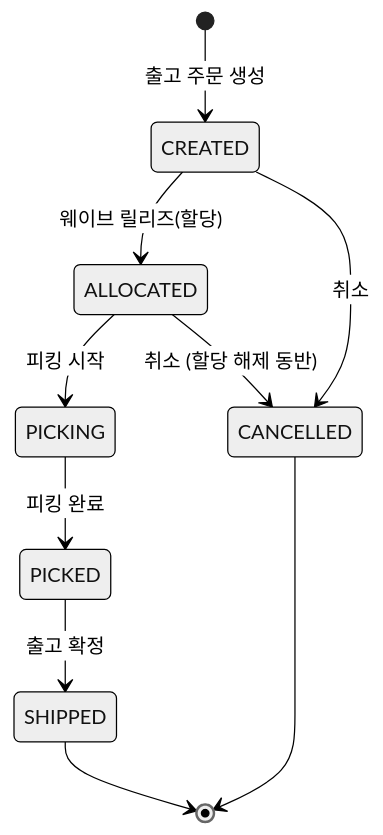
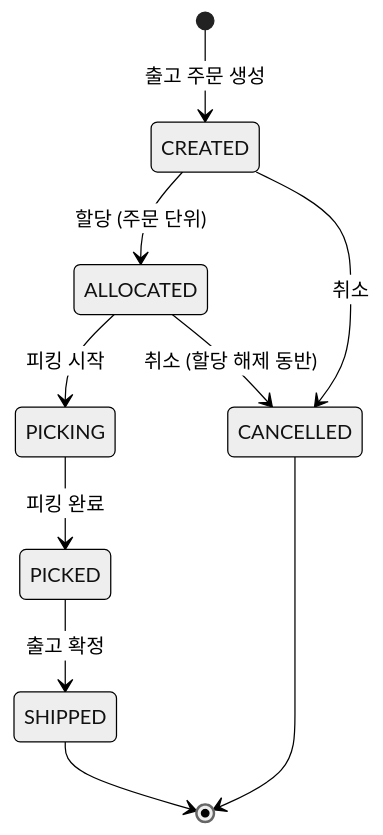
Before and after one commit to jhogunhee/logistics-back: the third of 3 diagrams in docs/design.md, drawn with Mermaid (neutral theme). The commit also changed other lines of this file, not shown here.

Commit message:
docs: 적치지시·입고확정·웨이브 역할 재정의 설계 갱신

````diff
--- a/docs/design.md
+++ b/docs/design.md
@@ -75,12 +79,12 @@
 ```mermaid
 stateDiagram-v2
     [*] --> CREATED : 출고 주문 생성
-    CREATED --> ALLOCATED : 웨이브 릴리즈(할당)
+    CREATED --> ALLOCATED : 할당 (주문 단위)
     CREATED --> CANCELLED : 취소
     ALLOCATED --> PICKING : 피킹 시작
     ALLOCATED --> CANCELLED : 취소 (할당 해제 동반)
     PICKING --> PICKED : 피킹 완료
     PICKED --> SHIPPED : 출고 확정
     SHIPPED --> [*]
     CANCELLED --> [*]
 ```
````
